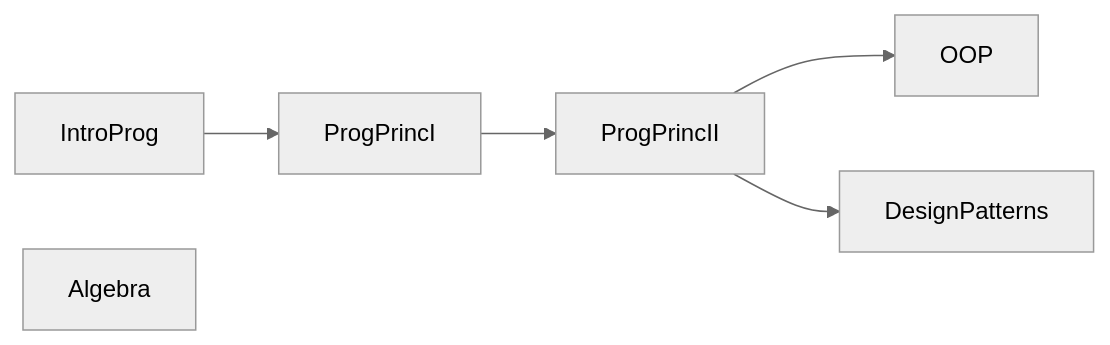
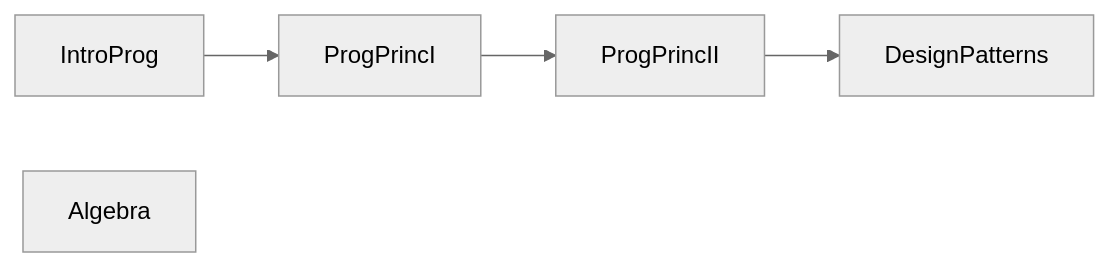
One commit to BenagainB/CSDegreeInPython changed the first of 3 diagrams in README.md. Above: the diagram before and after it, drawn with Mermaid (neutral theme). The commit also changed other lines of this file and 7 other files, not shown here.

````diff
--- a/README.md
+++ b/README.md
@@ -32,8 +32,7 @@
 ```mermaid
 graph LR;
     IntroProg-->ProgPrincI;
     ProgPrincI-->ProgPrincII;
-    ProgPrincII-->OOP;
     ProgPrincII-->DesignPatterns;
     Algebra;
 ```
````
